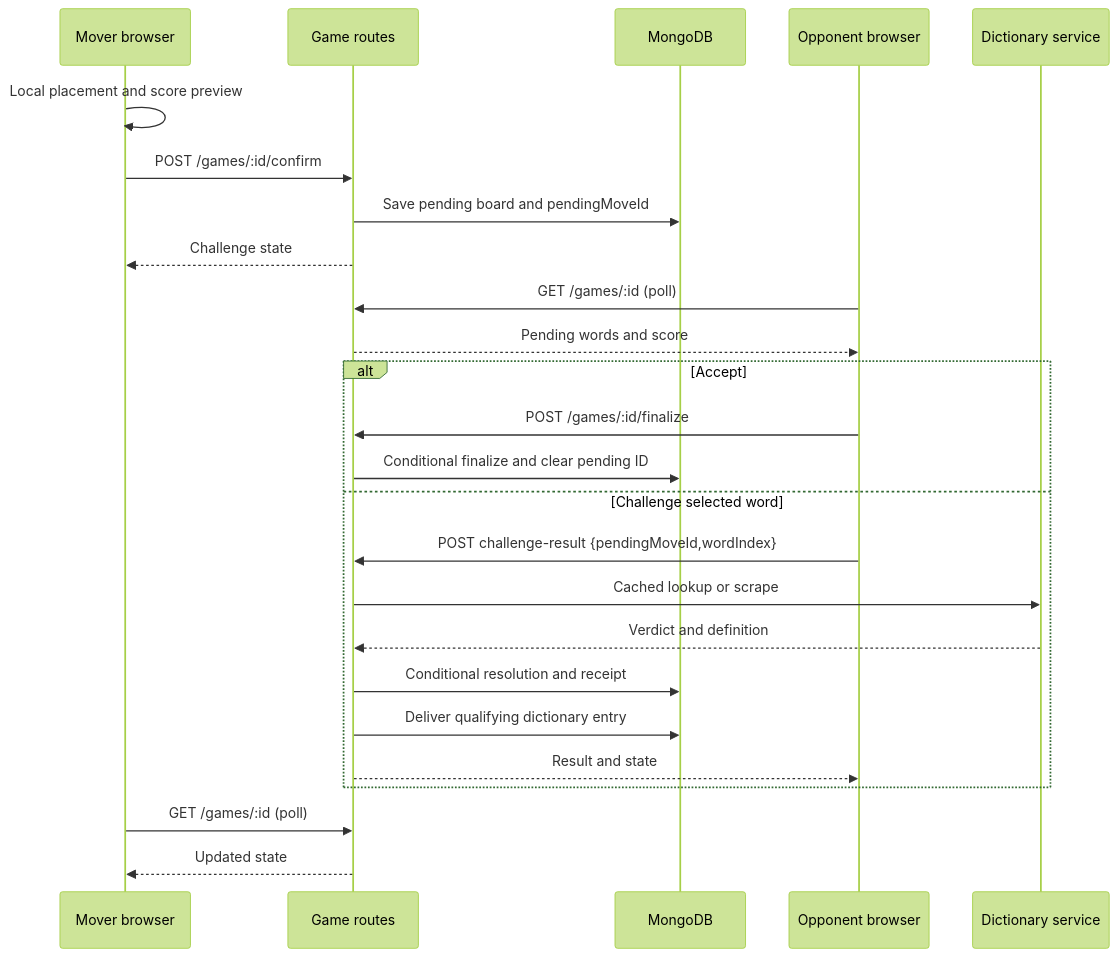
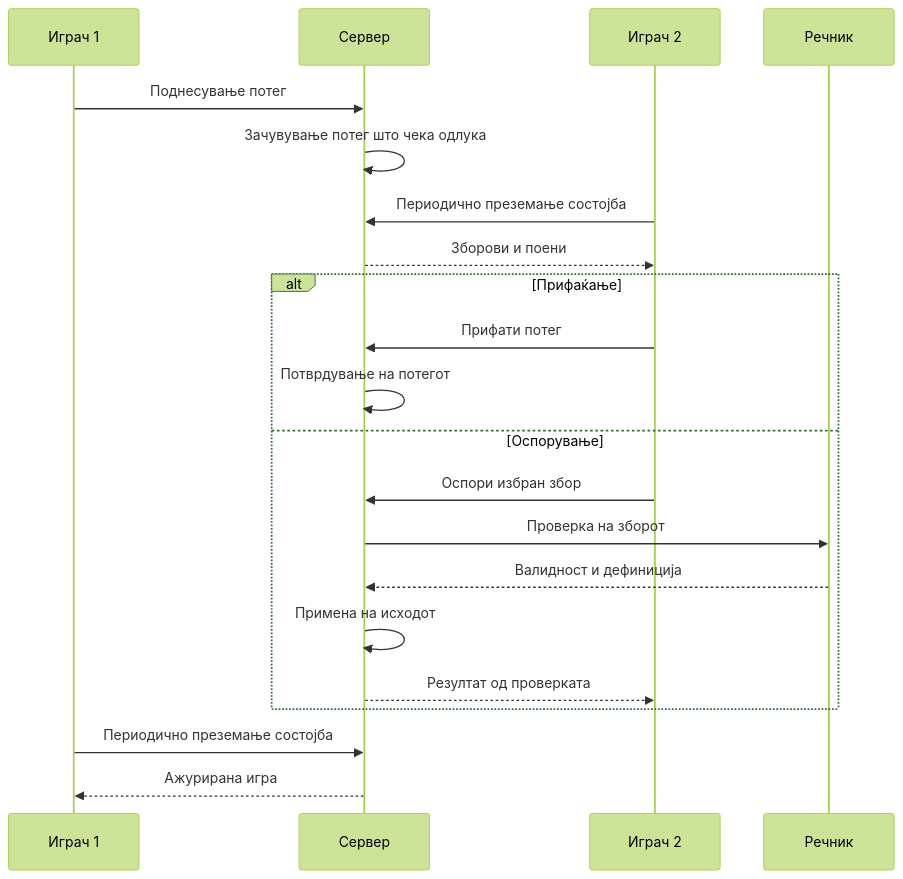
One commit to martinakuzmanovska/Macedonian-Scrabble-App changed the second of 3 diagrams in README.md. Above: the diagram before and after it, drawn with Mermaid (forest theme). The commit also changed other lines of this file, not shown here.

Commit message:
diagrsm fixes

````diff
--- a/README.md
+++ b/README.md
@@ -208,30 +208,26 @@
 ```mermaid
 sequenceDiagram
-    participant A as Mover browser
-    participant API as Game routes
-    participant DB as MongoDB
-    participant B as Opponent browser
-    participant D as Dictionary service
+    participant A as Играч 1
+    participant S as Сервер
+    participant B as Играч 2
+    participant D as Речник
 
-    A->>A: Local placement and score preview
-    A->>API: POST /games/:id/confirm
-    API->>DB: Save pending board and pendingMoveId
-    API-->>A: Challenge state
-    B->>API: GET /games/:id (poll)
-    API-->>B: Pending words and score
+    A->>S: Поднесување потег
+    S->>S: Зачувување потег што чека одлука
+    B->>S: Периодично преземање состојба
+    S-->>B: Зборови и поени
 
-    alt Accept
-        B->>API: POST /games/:id/finalize
-        API->>DB: Conditional finalize and clear pending ID
-    else Challenge selected word
-        B->>API: POST challenge-result {pendingMoveId,wordIndex}
-        API->>D: Cached lookup or scrape
-        D-->>API: Verdict and definition
-        API->>DB: Conditional resolution and receipt
-        API->>DB: Deliver qualifying dictionary entry
-        API-->>B: Result and state
+    alt Прифаќање
+        B->>S: Прифати потег
+        S->>S: Потврдување на потегот
+    else Оспорување
+        B->>S: Оспори избран збор
+        S->>D: Проверка на зборот
+        D-->>S: Валидност и дефиниција
+        S->>S: Примена на исходот
+        S-->>B: Резултат од проверката
     end
 
-    A->>API: GET /games/:id (poll)
-    API-->>A: Updated state
+    A->>S: Периодично преземање состојба
+    S-->>A: Ажурирана игра
 ```
````
